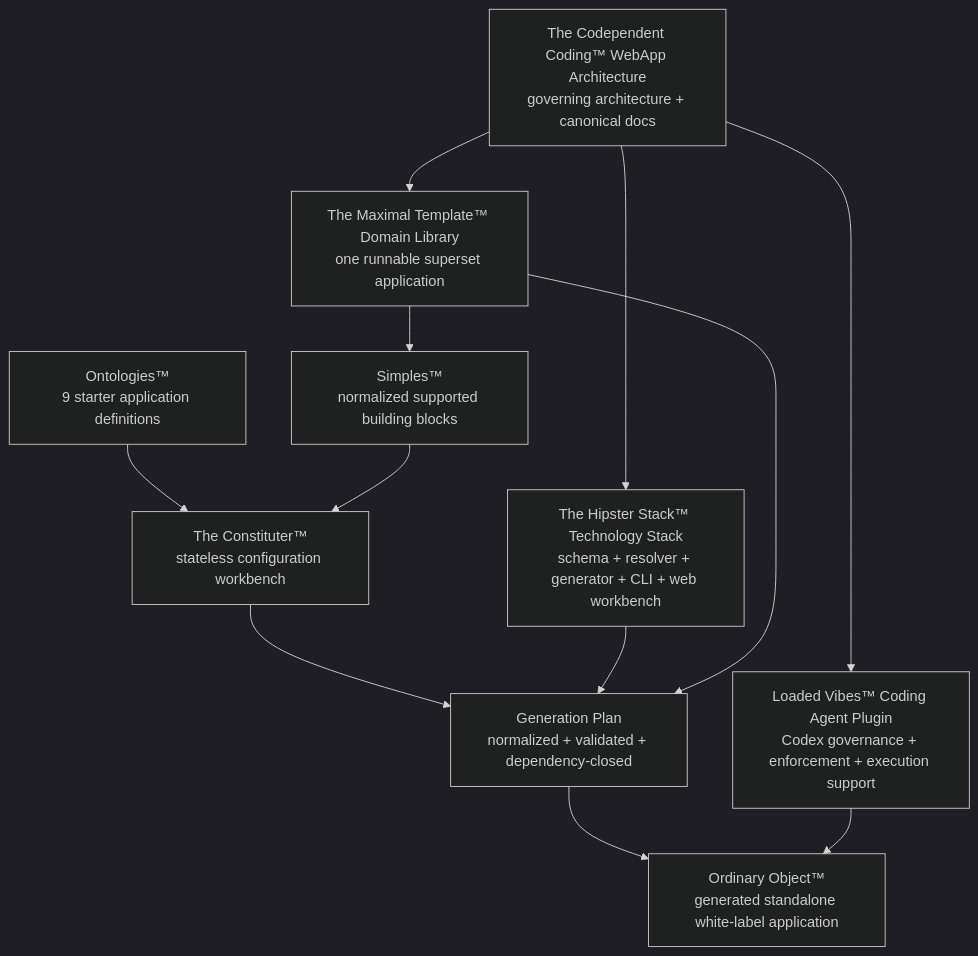
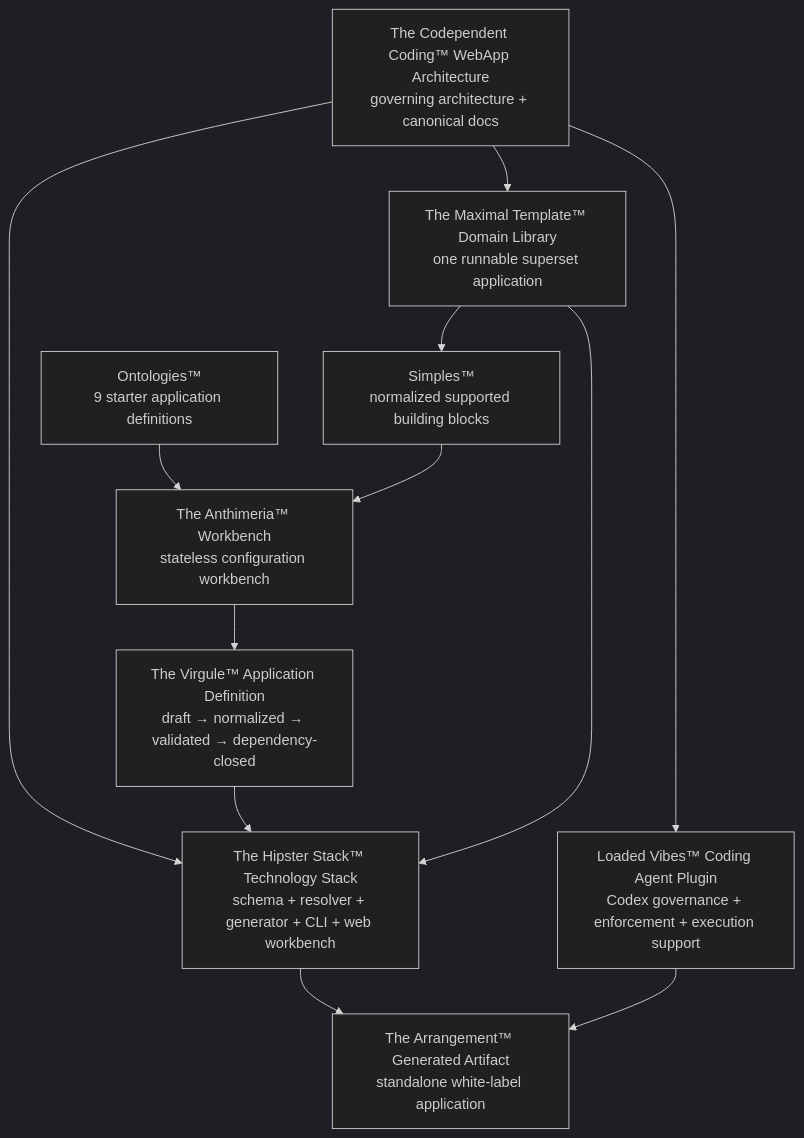
The first of 11 diagrams in 10 PROJECTS/10.PROJECTS.CODEPENDENTCODING/10.PROJECTS.CODEPENDENTCODING.WebApp-Architecture/codependentcoding.webapp-architecture.master.source-document.md (DigitalHerencia/YouCanSeeTheCodeInOurConversationHistory), drawn with Mermaid (dark theme) before and after one commit. The commit also changed other lines of this file and 11 other files, not shown here.

````diff
--- a/10 PROJECTS/10.PROJECTS.CODEPENDENTCODING/10.PROJECTS.CODEPENDENTCODING.WebApp-Architecture/codependentcoding.webapp-architecture.master.source-document.md
+++ b/10 PROJECTS/10.PROJECTS.CODEPENDENTCODING/10.PROJECTS.CODEPENDENTCODING.WebApp-Architecture/codependentcoding.webapp-architecture.master.source-document.md
@@ -119,24 +120,24 @@
 ```mermaid
 flowchart TD
     A["The Codependent Coding™ WebApp Architecture<br/>governing architecture + canonical docs"]
     B["The Hipster Stack™ Technology Stack<br/>schema + resolver + generator + CLI + web workbench"]
     C["The Maximal Template™ Domain Library<br/>one runnable superset application"]
     D["Ontologies™<br/>9 starter application definitions"]
     E["Simples™<br/>normalized supported building blocks"]
-    F["The Constituter™<br/>stateless configuration workbench"]
-    G["Generation Plan<br/>normalized + validated + dependency-closed"]
-    H["Ordinary Object™<br/>generated standalone white-label application"]
+    F["The Anthimeria™ Workbench<br/>stateless configuration workbench"]
+    G["The Virgule™ Application Definition<br/>draft → normalized → validated → dependency-closed"]
+    H["The Arrangement™ Generated Artifact<br/>standalone white-label application"]
     I["Loaded Vibes™ Coding Agent Plugin<br/>Codex governance + enforcement + execution support"]
 
     A --> B
     A --> C
     A --> I
     C --> E
     D --> F
     E --> F
     F --> G
-    B --> G
-    C --> G
-    G --> H
+    G --> B
+    C --> B
+    B --> H
     I --> H
 ```
````
